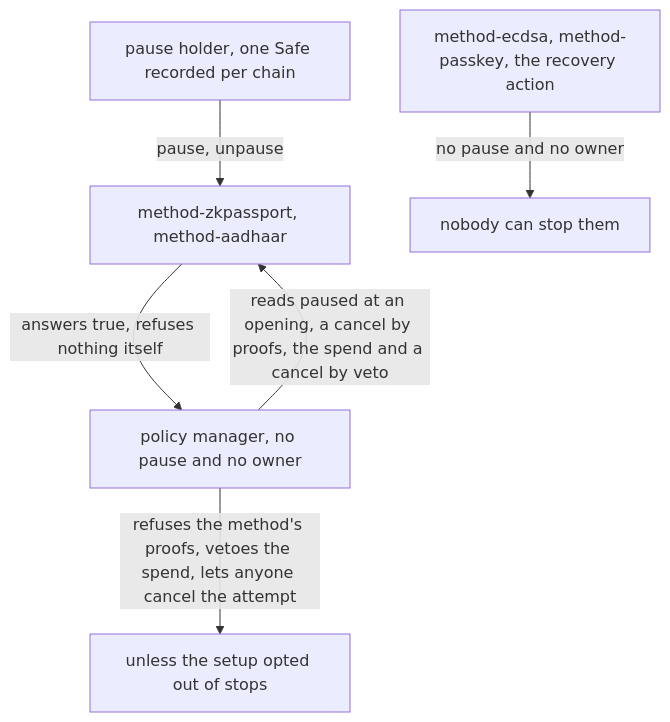
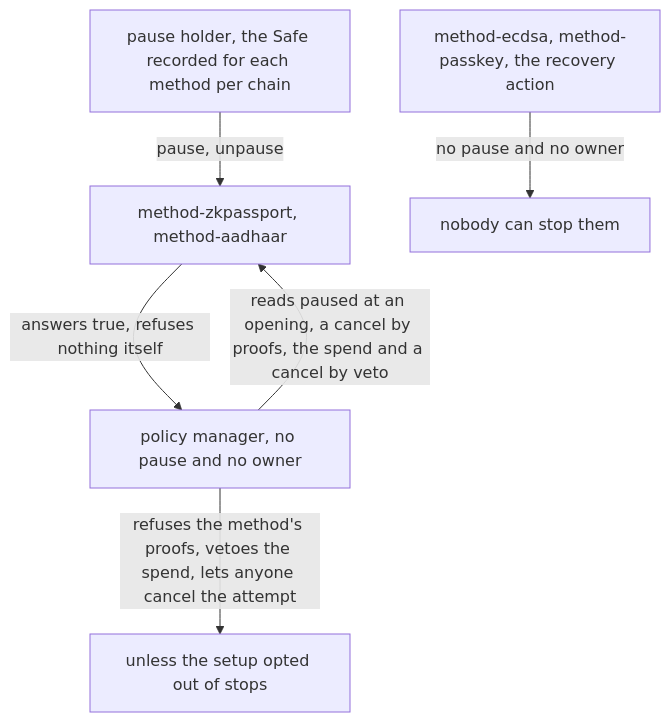
Before and after one commit to defi-wonderland/kohaku-contracts: the sixth of 6 diagrams in social-recovery/docs/contracts.md, drawn with Mermaid. The commit also changed other lines of this file and 52 other files, not shown here.

Commit message:
fix(social-recovery): owner calls name their target, Aadhaar refuses disclosed fields, a Safe per identity method

````diff
--- a/social-recovery/docs/contracts.md
+++ b/social-recovery/docs/contracts.md
@@ -1900,8 +1908,8 @@
 ```mermaid
 graph TD
-    H[pause holder, one Safe recorded per chain] -->|pause, unpause| M[method-zkpassport, method-aadhaar]
+    H[pause holder, the Safe recorded for each method per chain] -->|pause, unpause| M[method-zkpassport, method-aadhaar]
     PM[policy manager, no pause and no owner] -->|reads paused at an opening, a cancel by proofs, the spend and a cancel by veto| M
     M -->|answers true, refuses nothing itself| PM
     PM -->|refuses the method's proofs, vetoes the spend, lets anyone cancel the attempt| S1[unless the setup opted out of stops]
     E[method-ecdsa, method-passkey, the recovery action] -->|no pause and no owner| S3[nobody can stop them]
 ```
````
